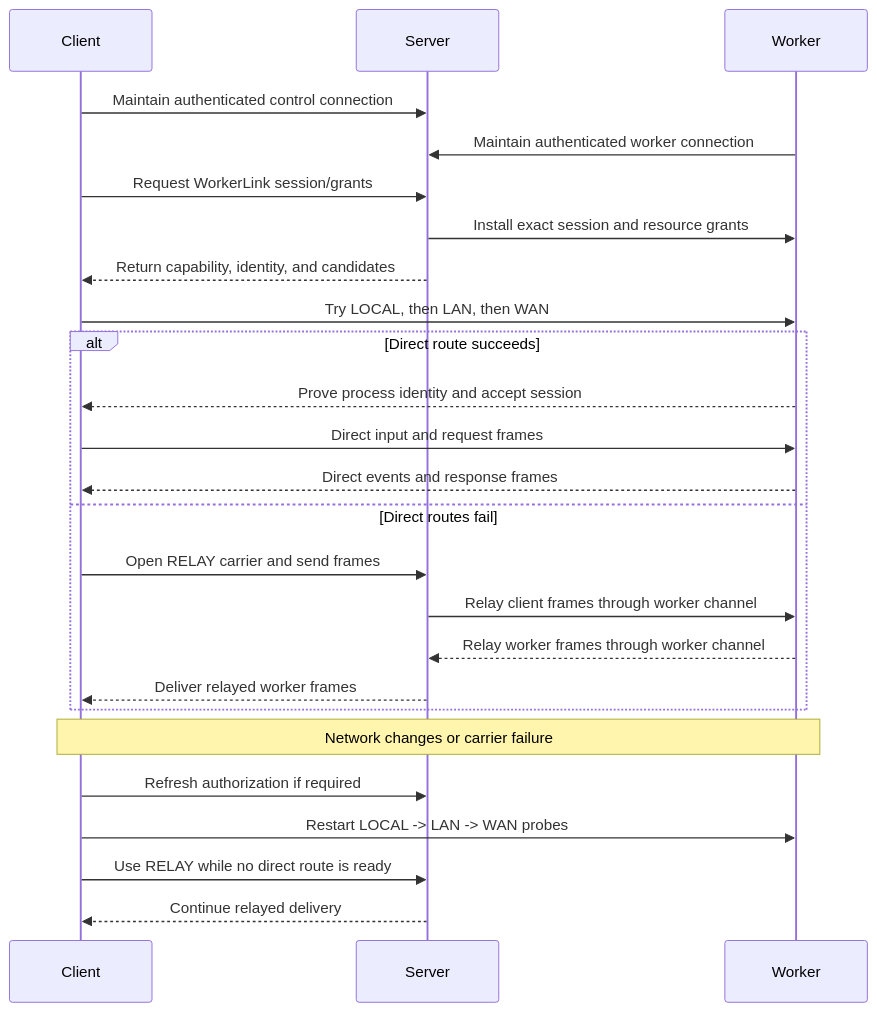
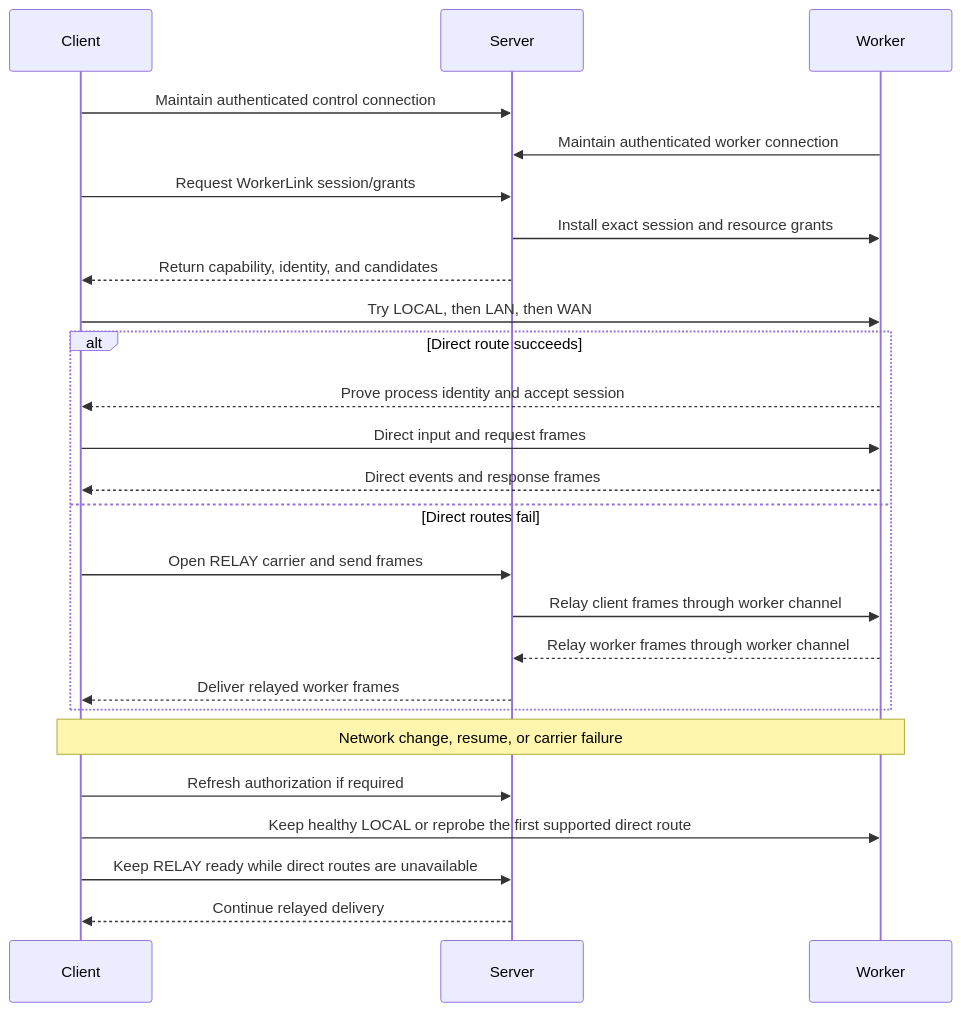
Before and after one commit to ArcaneArts/Cantrip: the third of 6 diagrams in docs/NETWORK.md, drawn with Mermaid. The commit also changed other lines of this file and 47 other files, not shown here.

````diff
--- a/docs/NETWORK.md
+++ b/docs/NETWORK.md
@@ -266,28 +288,28 @@
 ```mermaid
 sequenceDiagram
     participant C as Client
     participant S as Server
     participant W as Worker
 
     C->>S: Maintain authenticated control connection
     W->>S: Maintain authenticated worker connection
     C->>S: Request WorkerLink session/grants
     S->>W: Install exact session and resource grants
     S-->>C: Return capability, identity, and candidates
     C->>W: Try LOCAL, then LAN, then WAN
     alt Direct route succeeds
         W-->>C: Prove process identity and accept session
         C->>W: Direct input and request frames
         W-->>C: Direct events and response frames
     else Direct routes fail
         C->>S: Open RELAY carrier and send frames
         S->>W: Relay client frames through worker channel
         W-->>S: Relay worker frames through worker channel
         S-->>C: Deliver relayed worker frames
     end
-    Note over C,W: Network changes or carrier failure
+    Note over C,W: Network change, resume, or carrier failure
     C->>S: Refresh authorization if required
-    C->>W: Restart LOCAL -> LAN -> WAN probes
-    C->>S: Use RELAY while no direct route is ready
+    C->>W: Keep healthy LOCAL or reprobe the first supported direct route
+    C->>S: Keep RELAY ready while direct routes are unavailable
     S-->>C: Continue relayed delivery
 ```
````
